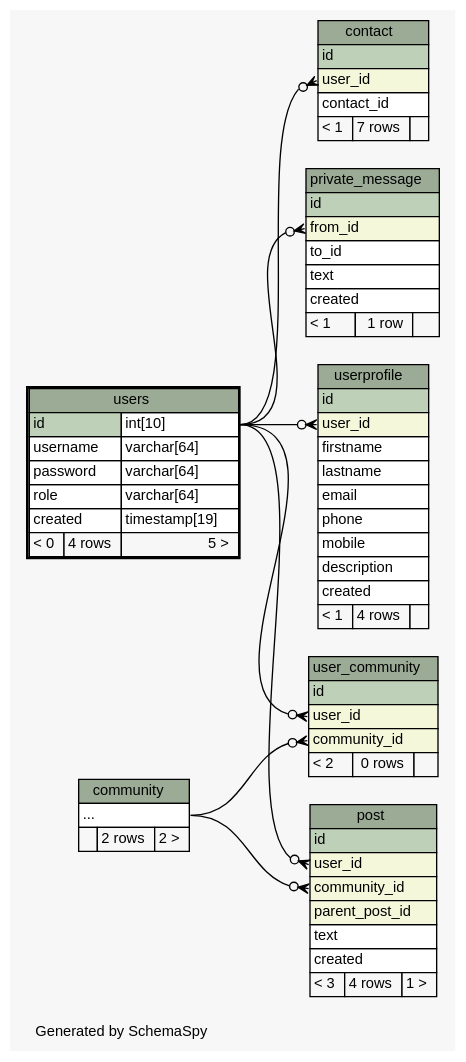
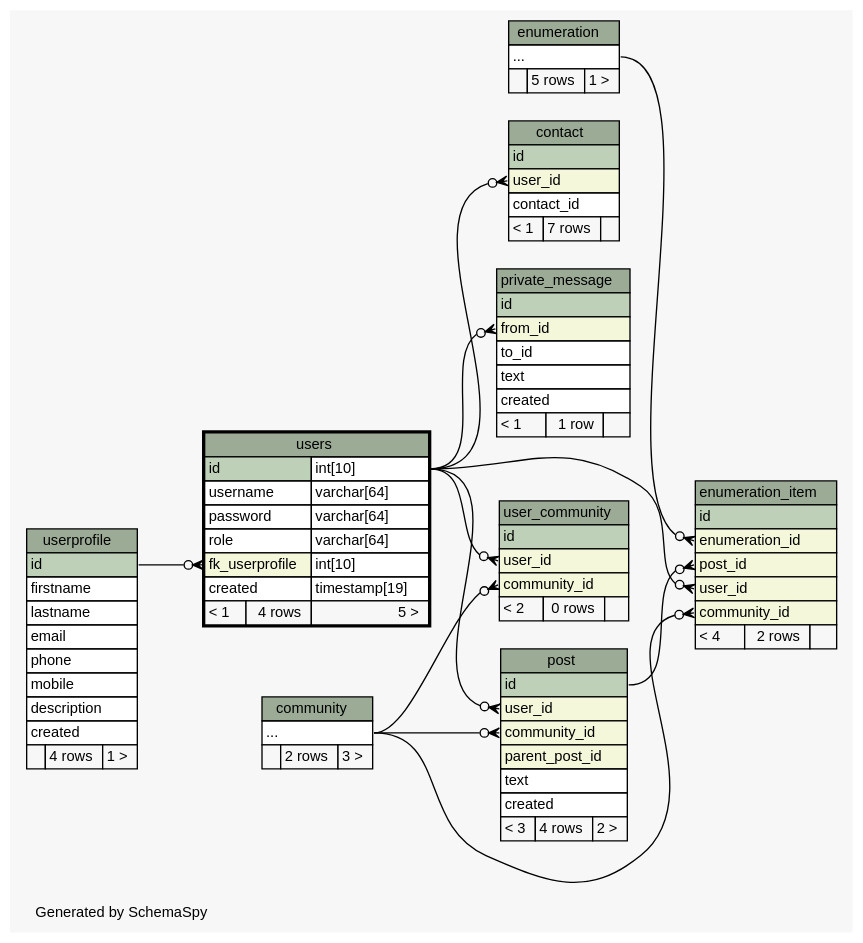
Before and after one commit to chr-krenn/chr-krenn-fhj-ws2017-sd17-pse: the diagram in doc/db_schema/diagrams/users.2degrees.dot, drawn with Graphviz. The commit also changed 60 other files, not shown here.

```diff
--- a/doc/db_schema/diagrams/users.2degrees.dot
+++ b/doc/db_schema/diagrams/users.2degrees.dot
@@ -1,124 +1,152 @@
 // dot 2.40.1 on Linux 4.12.5-300.fc26.x86_64
 // SchemaSpy rev 590
 digraph "twoDegreesRelationshipsDiagram" {
   graph [
     rankdir="RL"
     bgcolor="#f7f7f7"
     label="\nGenerated by SchemaSpy"
     labeljust="l"
     nodesep="0.18"
     ranksep="0.46"
     fontname="Helvetica"
     fontsize="11"
   ];
   node [
     fontname="Helvetica"
     fontsize="11"
     shape="plaintext"
   ];
   edge [
     arrowsize="0.8"
   ];
   "contact":"user_id":w -> "users":"id.type":e [arrowhead=none dir=back arrowtail=crowodot];
+  "enumeration_item":"community_id":w -> "community":"elipses":e [arrowhead=none dir=back arrowtail=crowodot];
+  "enumeration_item":"enumeration_id":w -> "enumeration":"elipses":e [arrowhead=none dir=back arrowtail=crowodot];
+  "enumeration_item":"post_id":w -> "post":"id":e [arrowhead=none dir=back arrowtail=crowodot];
+  "enumeration_item":"user_id":w -> "users":"id.type":e [arrowhead=none dir=back arrowtail=crowodot];
   "post":"community_id":w -> "community":"elipses":e [arrowhead=none dir=back arrowtail=crowodot];
   "post":"user_id":w -> "users":"id.type":e [arrowhead=none dir=back arrowtail=crowodot];
   "private_message":"from_id":w -> "users":"id.type":e [arrowhead=none dir=back arrowtail=crowodot];
   "user_community":"community_id":w -> "community":"elipses":e [arrowhead=none dir=back arrowtail=crowodot];
   "user_community":"user_id":w -> "users":"id.type":e [arrowhead=none dir=back arrowtail=crowodot];
-  "userprofile":"user_id":w -> "users":"id.type":e [arrowhead=none dir=back arrowtail=crowodot];
+  "users":"fk_userprofile":w -> "userprofile":"id":e [arrowhead=none dir=back arrowtail=crowodot];
   "community" [
     label=<
     <TABLE BORDER="0" CELLBORDER="1" CELLSPACING="0" BGCOLOR="#ffffff">
       <TR><TD COLSPAN="3" BGCOLOR="#9bab96" ALIGN="CENTER">community</TD></TR>
       <TR><TD PORT="elipses" COLSPAN="3" ALIGN="LEFT">...</TD></TR>
-      <TR><TD ALIGN="LEFT" BGCOLOR="#f7f7f7">  </TD><TD ALIGN="RIGHT" BGCOLOR="#f7f7f7">2 rows</TD><TD ALIGN="RIGHT" BGCOLOR="#f7f7f7">2 &gt;</TD></TR>
+      <TR><TD ALIGN="LEFT" BGCOLOR="#f7f7f7">  </TD><TD ALIGN="RIGHT" BGCOLOR="#f7f7f7">2 rows</TD><TD ALIGN="RIGHT" BGCOLOR="#f7f7f7">3 &gt;</TD></TR>
     </TABLE>>
     URL="community.html"
     tooltip="community"
   ];
   "contact" [
     label=<
     <TABLE BORDER="0" CELLBORDER="1" CELLSPACING="0" BGCOLOR="#ffffff">
       <TR><TD COLSPAN="3" BGCOLOR="#9bab96" ALIGN="CENTER">contact</TD></TR>
       <TR><TD PORT="id" COLSPAN="3" BGCOLOR="#bed1b8" ALIGN="LEFT">id</TD></TR>
       <TR><TD PORT="user_id" COLSPAN="3" BGCOLOR="#f4f7da" ALIGN="LEFT">user_id</TD></TR>
       <TR><TD PORT="contact_id" COLSPAN="3" ALIGN="LEFT">contact_id</TD></TR>
       <TR><TD ALIGN="LEFT" BGCOLOR="#f7f7f7">&lt; 1</TD><TD ALIGN="RIGHT" BGCOLOR="#f7f7f7">7 rows</TD><TD ALIGN="RIGHT" BGCOLOR="#f7f7f7">  </TD></TR>
     </TABLE>>
     URL="contact.html"
     tooltip="contact"
   ];
+  "enumeration" [
+    label=<
+    <TABLE BORDER="0" CELLBORDER="1" CELLSPACING="0" BGCOLOR="#ffffff">
+      <TR><TD COLSPAN="3" BGCOLOR="#9bab96" ALIGN="CENTER">enumeration</TD></TR>
+      <TR><TD PORT="elipses" COLSPAN="3" ALIGN="LEFT">...</TD></TR>
+      <TR><TD ALIGN="LEFT" BGCOLOR="#f7f7f7">  </TD><TD ALIGN="RIGHT" BGCOLOR="#f7f7f7">5 rows</TD><TD ALIGN="RIGHT" BGCOLOR="#f7f7f7">1 &gt;</TD></TR>
+    </TABLE>>
+    URL="enumeration.html"
+    tooltip="enumeration"
+  ];
+  "enumeration_item" [
+    label=<
+    <TABLE BORDER="0" CELLBORDER="1" CELLSPACING="0" BGCOLOR="#ffffff">
+      <TR><TD COLSPAN="3" BGCOLOR="#9bab96" ALIGN="CENTER">enumeration_item</TD></TR>
+      <TR><TD PORT="id" COLSPAN="3" BGCOLOR="#bed1b8" ALIGN="LEFT">id</TD></TR>
+      <TR><TD PORT="enumeration_id" COLSPAN="3" BGCOLOR="#f4f7da" ALIGN="LEFT">enumeration_id</TD></TR>
+      <TR><TD PORT="post_id" COLSPAN="3" BGCOLOR="#f4f7da" ALIGN="LEFT">post_id</TD></TR>
+      <TR><TD PORT="user_id" COLSPAN="3" BGCOLOR="#f4f7da" ALIGN="LEFT">user_id</TD></TR>
+      <TR><TD PORT="community_id" COLSPAN="3" BGCOLOR="#f4f7da" ALIGN="LEFT">community_id</TD></TR>
+      <TR><TD ALIGN="LEFT" BGCOLOR="#f7f7f7">&lt; 4</TD><TD ALIGN="RIGHT" BGCOLOR="#f7f7f7">2 rows</TD><TD ALIGN="RIGHT" BGCOLOR="#f7f7f7">  </TD></TR>
+    </TABLE>>
+    URL="enumeration_item.html"
+    tooltip="enumeration_item"
+  ];
   "post" [
     label=<
     <TABLE BORDER="0" CELLBORDER="1" CELLSPACING="0" BGCOLOR="#ffffff">
       <TR><TD COLSPAN="3" BGCOLOR="#9bab96" ALIGN="CENTER">post</TD></TR>
       <TR><TD PORT="id" COLSPAN="3" BGCOLOR="#bed1b8" ALIGN="LEFT">id</TD></TR>
       <TR><TD PORT="user_id" COLSPAN="3" BGCOLOR="#f4f7da" ALIGN="LEFT">user_id</TD></TR>
       <TR><TD PORT="community_id" COLSPAN="3" BGCOLOR="#f4f7da" ALIGN="LEFT">community_id</TD></TR>
       <TR><TD PORT="parent_post_id" COLSPAN="3" BGCOLOR="#f4f7da" ALIGN="LEFT">parent_post_id</TD></TR>
       <TR><TD PORT="text" COLSPAN="3" ALIGN="LEFT">text</TD></TR>
       <TR><TD PORT="created" COLSPAN="3" ALIGN="LEFT">created</TD></TR>
-      <TR><TD ALIGN="LEFT" BGCOLOR="#f7f7f7">&lt; 3</TD><TD ALIGN="RIGHT" BGCOLOR="#f7f7f7">4 rows</TD><TD ALIGN="RIGHT" BGCOLOR="#f7f7f7">1 &gt;</TD></TR>
+      <TR><TD ALIGN="LEFT" BGCOLOR="#f7f7f7">&lt; 3</TD><TD ALIGN="RIGHT" BGCOLOR="#f7f7f7">4 rows</TD><TD ALIGN="RIGHT" BGCOLOR="#f7f7f7">2 &gt;</TD></TR>
     </TABLE>>
     URL="post.html"
     tooltip="post"
   ];
   "private_message" [
     label=<
     <TABLE BORDER="0" CELLBORDER="1" CELLSPACING="0" BGCOLOR="#ffffff">
       <TR><TD COLSPAN="3" BGCOLOR="#9bab96" ALIGN="CENTER">private_message</TD></TR>
       <TR><TD PORT="id" COLSPAN="3" BGCOLOR="#bed1b8" ALIGN="LEFT">id</TD></TR>
       <TR><TD PORT="from_id" COLSPAN="3" BGCOLOR="#f4f7da" ALIGN="LEFT">from_id</TD></TR>
       <TR><TD PORT="to_id" COLSPAN="3" ALIGN="LEFT">to_id</TD></TR>
       <TR><TD PORT="text" COLSPAN="3" ALIGN="LEFT">text</TD></TR>
       <TR><TD PORT="created" COLSPAN="3" ALIGN="LEFT">created</TD></TR>
       <TR><TD ALIGN="LEFT" BGCOLOR="#f7f7f7">&lt; 1</TD><TD ALIGN="RIGHT" BGCOLOR="#f7f7f7">1 row</TD><TD ALIGN="RIGHT" BGCOLOR="#f7f7f7">  </TD></TR>
     </TABLE>>
     URL="private_message.html"
     tooltip="private_message"
   ];
   "user_community" [
     label=<
     <TABLE BORDER="0" CELLBORDER="1" CELLSPACING="0" BGCOLOR="#ffffff">
       <TR><TD COLSPAN="3" BGCOLOR="#9bab96" ALIGN="CENTER">user_community</TD></TR>
       <TR><TD PORT="id" COLSPAN="3" BGCOLOR="#bed1b8" ALIGN="LEFT">id</TD></TR>
       <TR><TD PORT="user_id" COLSPAN="3" BGCOLOR="#f4f7da" ALIGN="LEFT">user_id</TD></TR>
       <TR><TD PORT="community_id" COLSPAN="3" BGCOLOR="#f4f7da" ALIGN="LEFT">community_id</TD></TR>
       <TR><TD ALIGN="LEFT" BGCOLOR="#f7f7f7">&lt; 2</TD><TD ALIGN="RIGHT" BGCOLOR="#f7f7f7">0 rows</TD><TD ALIGN="RIGHT" BGCOLOR="#f7f7f7">  </TD></TR>
     </TABLE>>
     URL="user_community.html"
     tooltip="user_community"
   ];
   "userprofile" [
     label=<
     <TABLE BORDER="0" CELLBORDER="1" CELLSPACING="0" BGCOLOR="#ffffff">
       <TR><TD COLSPAN="3" BGCOLOR="#9bab96" ALIGN="CENTER">userprofile</TD></TR>
       <TR><TD PORT="id" COLSPAN="3" BGCOLOR="#bed1b8" ALIGN="LEFT">id</TD></TR>
-      <TR><TD PORT="user_id" COLSPAN="3" BGCOLOR="#f4f7da" ALIGN="LEFT">user_id</TD></TR>
       <TR><TD PORT="firstname" COLSPAN="3" ALIGN="LEFT">firstname</TD></TR>
       <TR><TD PORT="lastname" COLSPAN="3" ALIGN="LEFT">lastname</TD></TR>
       <TR><TD PORT="email" COLSPAN="3" ALIGN="LEFT">email</TD></TR>
       <TR><TD PORT="phone" COLSPAN="3" ALIGN="LEFT">phone</TD></TR>
       <TR><TD PORT="mobile" COLSPAN="3" ALIGN="LEFT">mobile</TD></TR>
       <TR><TD PORT="description" COLSPAN="3" ALIGN="LEFT">description</TD></TR>
       <TR><TD PORT="created" COLSPAN="3" ALIGN="LEFT">created</TD></TR>
-      <TR><TD ALIGN="LEFT" BGCOLOR="#f7f7f7">&lt; 1</TD><TD ALIGN="RIGHT" BGCOLOR="#f7f7f7">4 rows</TD><TD ALIGN="RIGHT" BGCOLOR="#f7f7f7">  </TD></TR>
+      <TR><TD ALIGN="LEFT" BGCOLOR="#f7f7f7">  </TD><TD ALIGN="RIGHT" BGCOLOR="#f7f7f7">4 rows</TD><TD ALIGN="RIGHT" BGCOLOR="#f7f7f7">1 &gt;</TD></TR>
     </TABLE>>
     URL="userprofile.html"
     tooltip="userprofile"
   ];
   "users" [
     label=<
     <TABLE BORDER="2" CELLBORDER="1" CELLSPACING="0" BGCOLOR="#ffffff">
       <TR><TD COLSPAN="3" BGCOLOR="#9bab96" ALIGN="CENTER">users</TD></TR>
       <TR><TD PORT="id" COLSPAN="2" BGCOLOR="#bed1b8" ALIGN="LEFT">id</TD><TD PORT="id.type" ALIGN="LEFT">int[10]</TD></TR>
       <TR><TD PORT="username" COLSPAN="2" ALIGN="LEFT">username</TD><TD PORT="username.type" ALIGN="LEFT">varchar[64]</TD></TR>
       <TR><TD PORT="password" COLSPAN="2" ALIGN="LEFT">password</TD><TD PORT="password.type" ALIGN="LEFT">varchar[64]</TD></TR>
       <TR><TD PORT="role" COLSPAN="2" ALIGN="LEFT">role</TD><TD PORT="role.type" ALIGN="LEFT">varchar[64]</TD></TR>
+      <TR><TD PORT="fk_userprofile" COLSPAN="2" BGCOLOR="#f4f7da" ALIGN="LEFT">fk_userprofile</TD><TD PORT="fk_userprofile.type" ALIGN="LEFT">int[10]</TD></TR>
       <TR><TD PORT="created" COLSPAN="2" ALIGN="LEFT">created</TD><TD PORT="created.type" ALIGN="LEFT">timestamp[19]</TD></TR>
-      <TR><TD ALIGN="LEFT" BGCOLOR="#f7f7f7">&lt; 0</TD><TD ALIGN="RIGHT" BGCOLOR="#f7f7f7">4 rows</TD><TD ALIGN="RIGHT" BGCOLOR="#f7f7f7">5 &gt;</TD></TR>
+      <TR><TD ALIGN="LEFT" BGCOLOR="#f7f7f7">&lt; 1</TD><TD ALIGN="RIGHT" BGCOLOR="#f7f7f7">4 rows</TD><TD ALIGN="RIGHT" BGCOLOR="#f7f7f7">5 &gt;</TD></TR>
     </TABLE>>
     URL="users.html"
     tooltip="users"
   ];
 }
```
